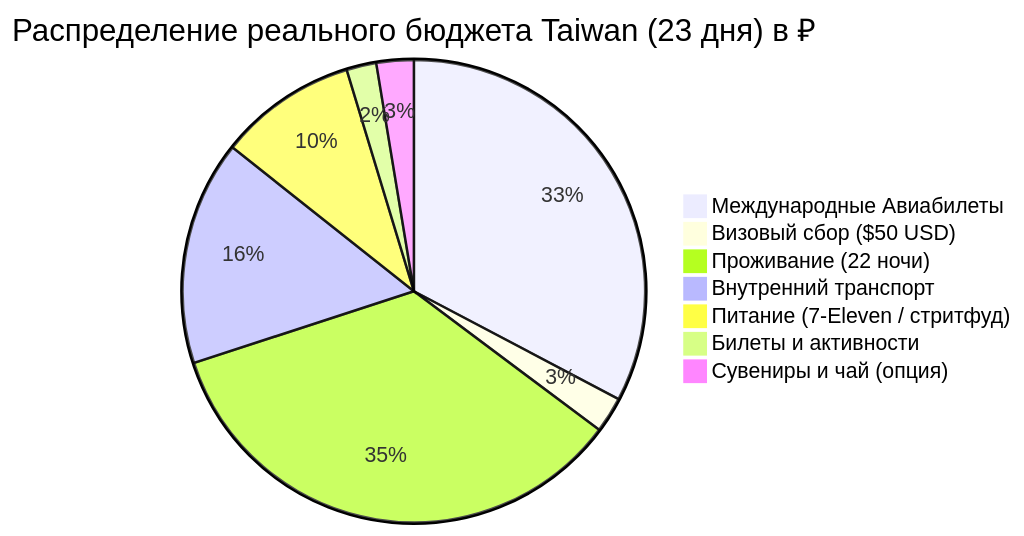
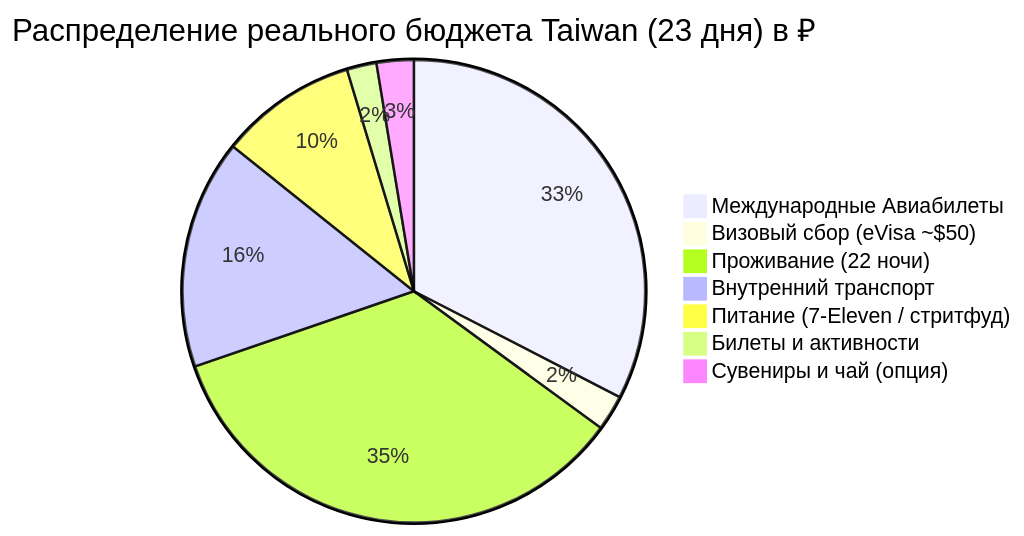
Before and after one commit to injurka/obsidian-mark: the diagram in Personal Note/Travel/-- Taiwan/04 - Финансы/Финансы.md, drawn with Mermaid. The commit also changed other lines of this file and 79 other files, not shown here.

````diff
--- a/Personal Note/Travel/-- Taiwan/04 - Финансы/Финансы.md
+++ b/Personal Note/Travel/-- Taiwan/04 - Финансы/Финансы.md
@@ -12,10 +12,10 @@
 ```mermaid
 pie title Распределение реального бюджета Taiwan (23 дня) в ₽
     "Международные Авиабилеты" : 62793
-    "Визовый сбор ($50 USD)" : 4800
-    "Проживание (22 ночи)" : 66730
-    "Внутренний транспорт" : 30100
+    "Визовый сбор (eVisa ~$50)" : 4800
+    "Проживание (22 ночи)" : 66888
+    "Внутренний транспорт" : 30870
     "Питание (7-Eleven / стритфуд)" : 18500
     "Билеты и активности" : 4000
     "Сувениры и чай (опция)" : 5000
 ```
````
